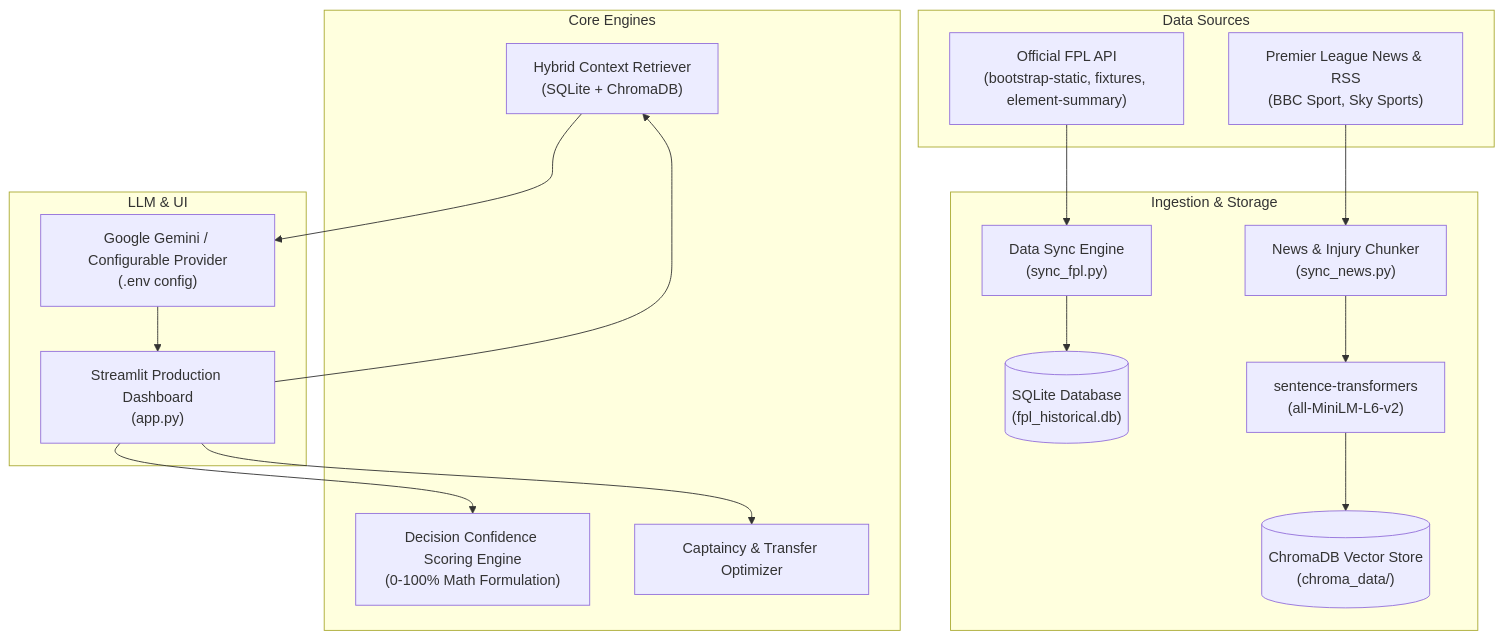
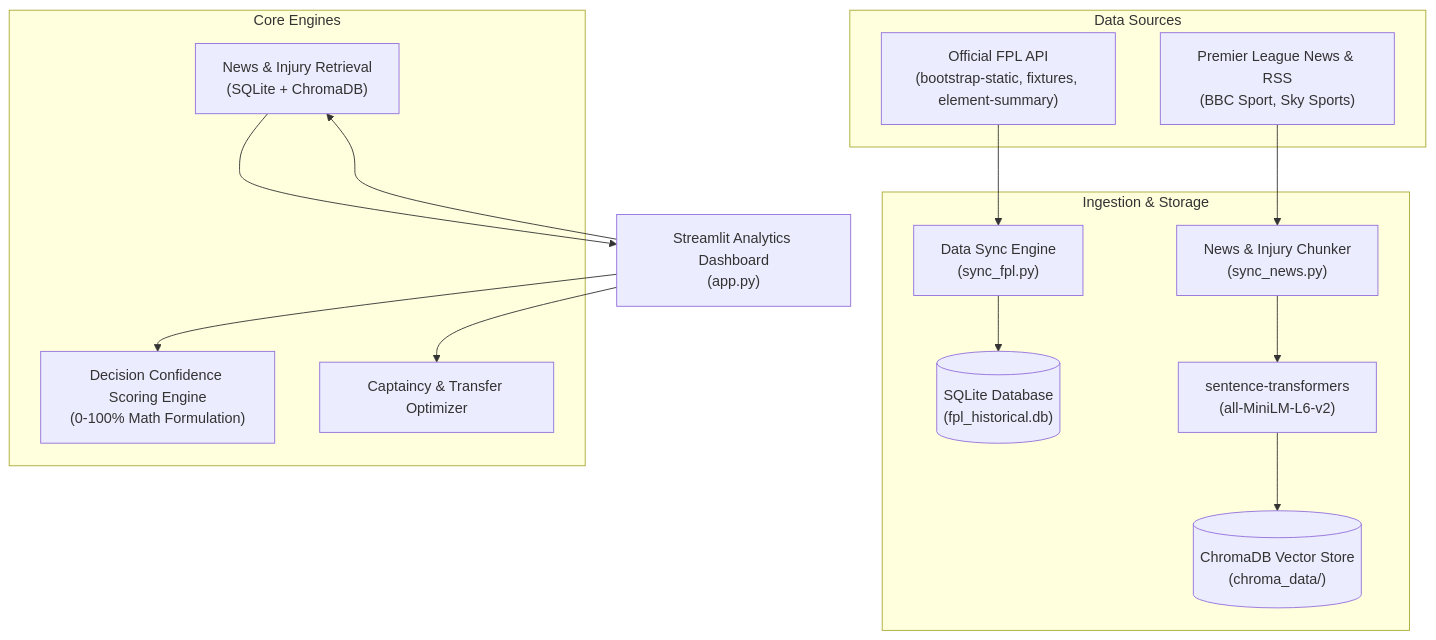
One commit to KumarNitin87/fantasy-premier-league-rag-assistant changed the diagram in README.md. Above: the diagram before and after it, drawn with Mermaid. The commit also changed other lines of this file and 34 other files, not shown here.

Commit message:
Remove Gemini assistant and schedule news ingestion

````diff
--- a/README.md
+++ b/README.md
@@ -24,32 +24,28 @@
 ```mermaid
 flowchart TD
     subgraph Data Sources
         FPL_API["Official FPL API\n(bootstrap-static, fixtures, element-summary)"]
         NEWS_RSS["Premier League News & RSS\n(BBC Sport, Sky Sports)"]
     end
 
     subgraph Ingestion & Storage
         INGEST["Data Sync Engine\n(sync_fpl.py)"] --> SQLITE[("SQLite Database\n(fpl_historical.db)")]
         NEWS_INGEST["News & Injury Chunker\n(sync_news.py)"] --> EMBED["sentence-transformers\n(all-MiniLM-L6-v2)"]
         EMBED --> CHROMADB[("ChromaDB Vector Store\n(chroma_data/)")]
     end
 
     subgraph Core Engines
-        ROUTER["Hybrid Context Retriever\n(SQLite + ChromaDB)"]
+        ROUTER["News & Injury Retrieval\n(SQLite + ChromaDB)"]
         SCORING["Decision Confidence Scoring Engine\n(0-100% Math Formulation)"]
         MCDA["Captaincy & Transfer Optimizer"]
     end
 
-    subgraph LLM & UI
-        LLM["Google Gemini / Configurable Provider\n(.env config)"]
-        STREAMLIT["Streamlit Production Dashboard\n(app.py)"]
-    end
+    STREAMLIT["Streamlit Analytics Dashboard\n(app.py)"]
 
     FPL_API --> INGEST
     NEWS_RSS --> NEWS_INGEST
     STREAMLIT --> ROUTER
     STREAMLIT --> SCORING
     STREAMLIT --> MCDA
-    ROUTER --> LLM
-    LLM --> STREAMLIT
+    ROUTER --> STREAMLIT
 ```
````
